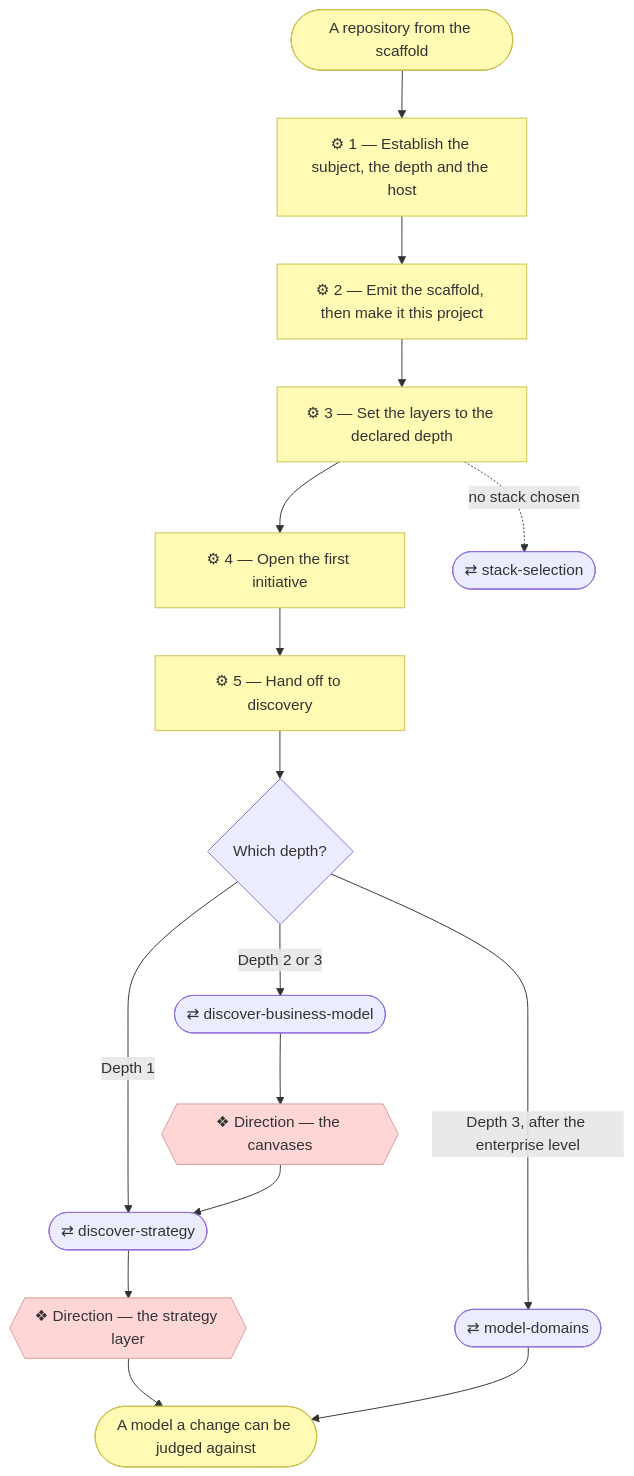
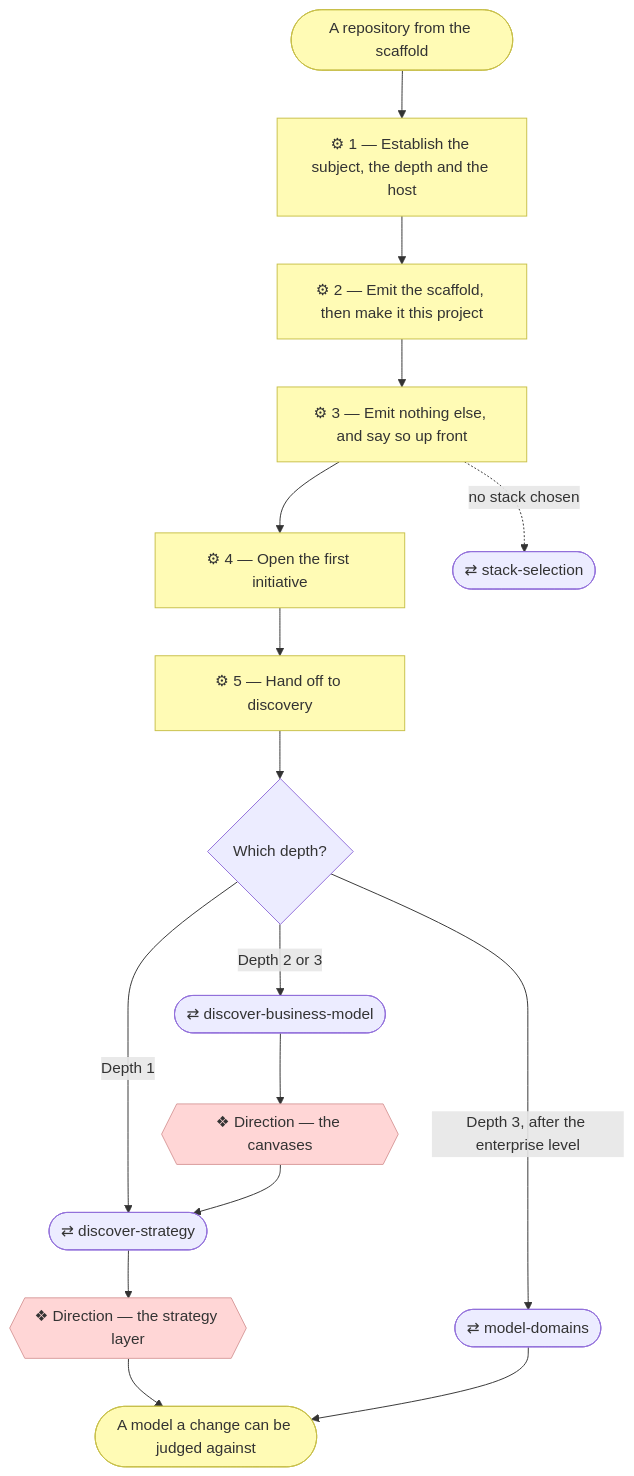
One commit to roanboc/archreator changed the diagram in plugins/archreator/skills/establish-project/SKILL.md. Above: the diagram before and after it, drawn with Mermaid. The commit also changed other lines of this file and 1 other file, not shown here.

````diff
--- a/plugins/archreator/skills/establish-project/SKILL.md
+++ b/plugins/archreator/skills/establish-project/SKILL.md
@@ -41,29 +41,29 @@
 ```mermaid
 flowchart TD
   req(["A repository from the scaffold"])
   s1["⚙ 1 — Establish the subject, the depth and the host"]
   s2["⚙ 2 — Emit the scaffold, then make it this project"]
-  s3["⚙ 3 — Set the layers to the declared depth"]
+  s3["⚙ 3 — Emit nothing else, and say so up front"]
   s4["⚙ 4 — Open the first initiative"]
   s5["⚙ 5 — Hand off to discovery"]
   d{"Which depth?"}
   ss(["⇄ stack-selection"])
   dbm(["⇄ discover-business-model"])
   ds(["⇄ discover-strategy"])
   md(["⇄ model-domains"])
   g0{{"❖ Direction — the canvases"}}
   g1{{"❖ Direction — the strategy layer"}}
   out(["A model a change can be judged against"])
 
   req --> s1 --> s2 --> s3 --> s4 --> s5 --> d
   s3 -. no stack chosen .-> ss
   d -->|Depth 1| ds
   d -->|Depth 2 or 3| dbm --> g0 --> ds
   ds --> g1 --> out
   d -->|Depth 3, after the enterprise level| md --> out
 
   classDef business fill:#fffbb5,stroke:#c8c04a,color:#333
   classDef implementation fill:#ffd6d6,stroke:#d99b9b,color:#333
   class s1,s2,s3,s4,s5,req,out business
   class g0,g1 implementation
 ```
````
